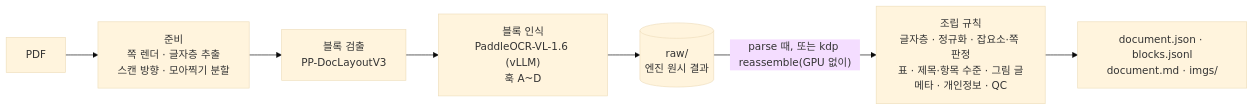
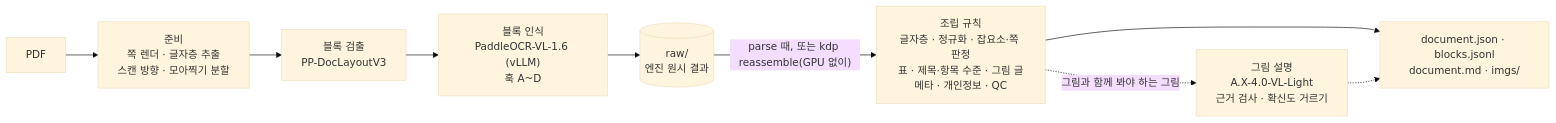
One commit to ohdyo/kor_doc_parser changed the first of 2 diagrams in README.md. Above: the diagram before and after it, drawn with Mermaid (base theme). The commit also changed other lines of this file, not shown here.

````diff
--- a/README.md
+++ b/README.md
@@ -39,9 +58,11 @@
 ```mermaid
 flowchart LR
     pdf["PDF"] --> prep["준비<br/>쪽 렌더 · 글자층 추출<br/>스캔 방향 · 모아찍기 분할"]
     prep --> det["블록 검출<br/>PP-DocLayoutV3"]
     det --> vlm["블록 인식<br/>PaddleOCR-VL-1.6 (vLLM)<br/>훅 A~D"]
     vlm --> raw[("raw/<br/>엔진 원시 결과")]
     raw -->|"parse 때, 또는 kdp reassemble(GPU 없이)"| asm["조립 규칙<br/>글자층 · 정규화 · 잡요소·쪽 판정<br/>표 · 제목·항목 수준 · 그림 글<br/>메타 · 개인정보 · QC"]
     asm --> out["document.json · blocks.jsonl<br/>document.md · imgs/"]
+    asm -.->|"그림과 함께 봐야 하는 그림"| desc["그림 설명<br/>A.X-4.0-VL-Light<br/>근거 검사 · 확신도 거르기"]
+    desc -.-> out
 ```
````
